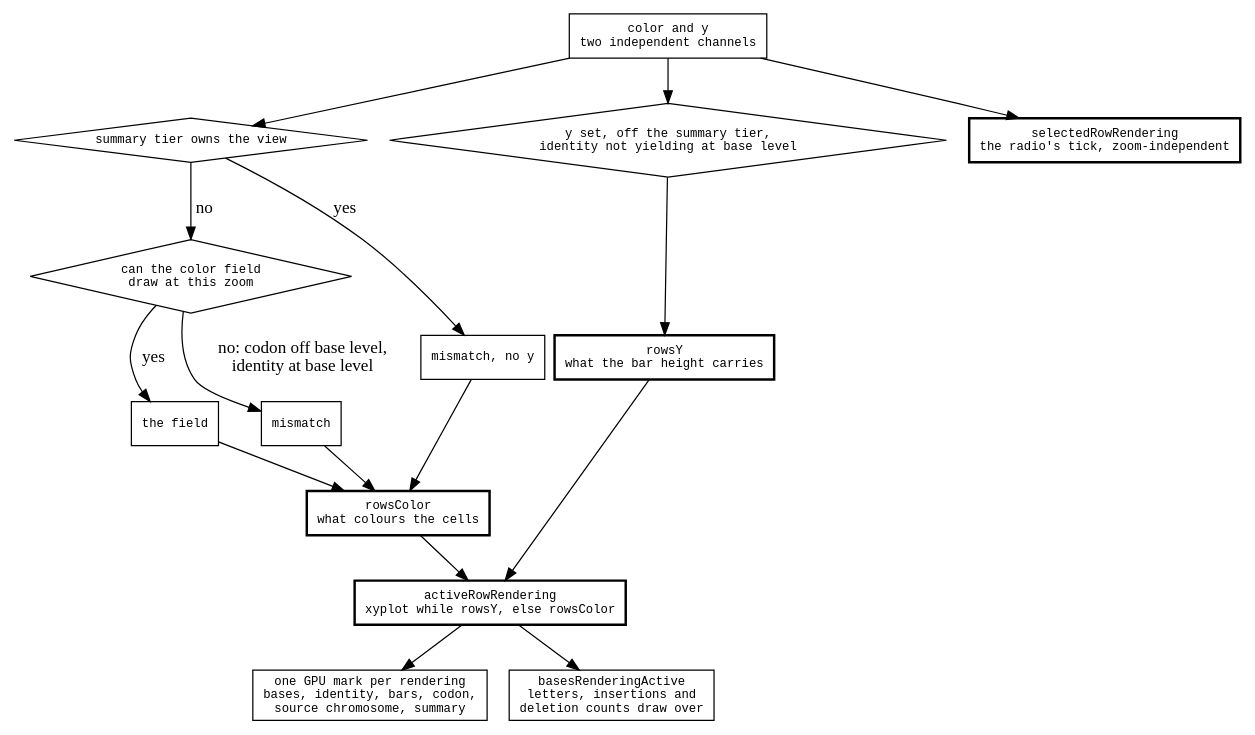
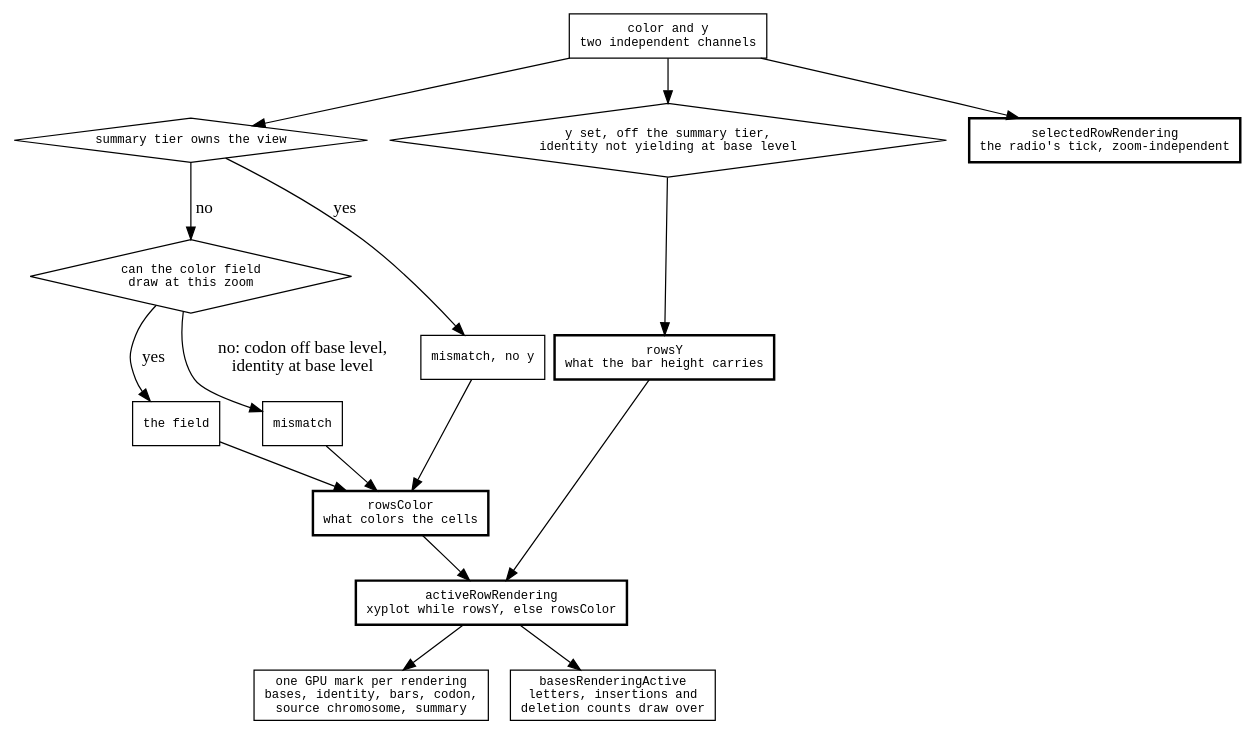
One commit to GMOD/jbrowse-components changed the diagram in agent-docs/reference/diagrams/maf-rendering.dot. Above: the diagram before and after it, drawn with Graphviz. The commit also changed 1109 other files, not shown here.

```diff
--- a/agent-docs/reference/diagrams/maf-rendering.dot
+++ b/agent-docs/reference/diagrams/maf-rendering.dot
@@ -1,38 +1,38 @@
 digraph maf_rendering {
   rankdir=TB
   node [shape=box fontname=monospace fontsize=10]
   { node [shape=diamond] summaryTier; field; y }
 
   slots [label="color and y\ntwo independent channels"]
 
   selected [label="selectedRowRendering\nthe radio's tick, zoom-independent", style=bold]
   slots -> selected
 
   summaryTier [label="summary tier owns the view"]
   slots -> summaryTier
   summaryTier -> fallback [label=" yes"]
   fallback [label="mismatch, no y"]
 
   field [label="can the color field\ndraw at this zoom"]
   summaryTier -> field [label=" no"]
   field -> keep [label=" yes"]
   field -> mismatch [label=" no: codon off base level,\n identity at base level"]
   keep [label="the field"]
   mismatch [label="mismatch"]
 
-  rowsColor [label="rowsColor\nwhat colours the cells", style=bold]
+  rowsColor [label="rowsColor\nwhat colors the cells", style=bold]
   fallback -> rowsColor  keep -> rowsColor  mismatch -> rowsColor
 
   y [label="y set, off the summary tier,\nidentity not yielding at base level"]
   slots -> y
   rowsY [label="rowsY\nwhat the bar height carries", style=bold]
   y -> rowsY
 
   active [label="activeRowRendering\nxyplot while rowsY, else rowsColor", style=bold]
   rowsColor -> active  rowsY -> active
 
   marks [label="one GPU mark per rendering\nbases, identity, bars, codon,\nsource chromosome, summary"]
   active -> marks
   base [label="basesRenderingActive\nletters, insertions and\ndeletion counts draw over"]
   active -> base
 }
```
